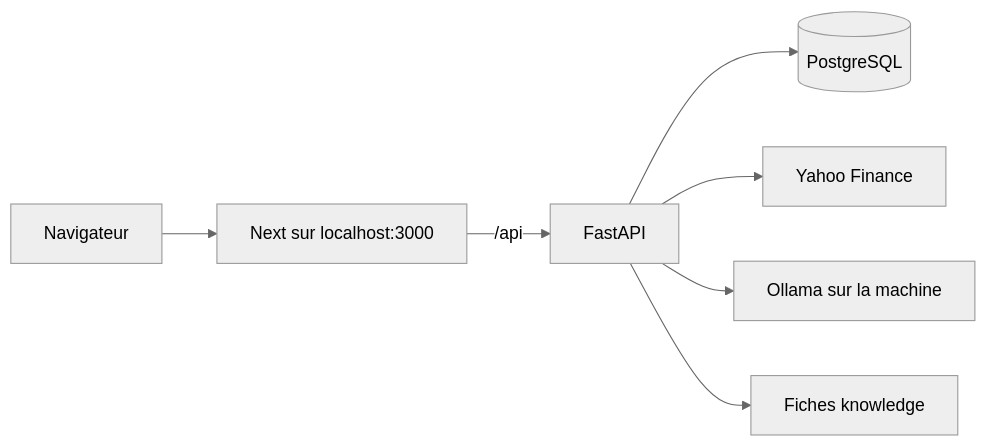
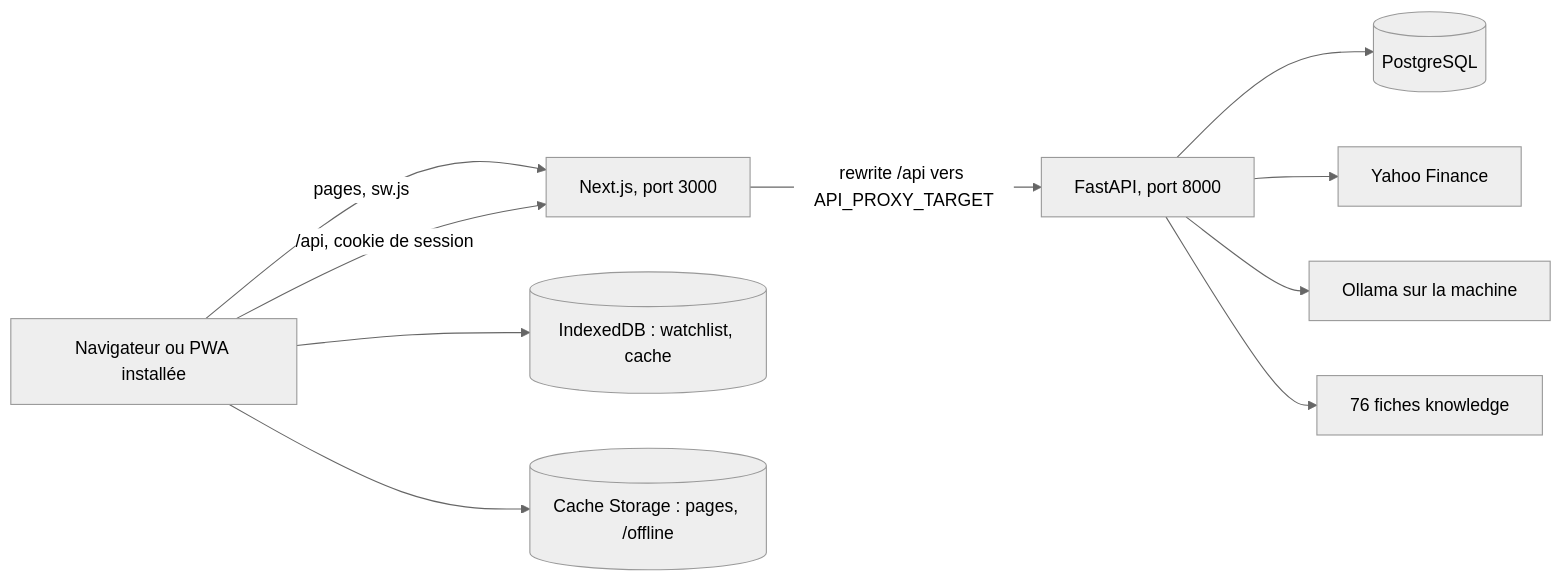
One commit to yakin653/marketpulse changed the diagram in README.md. Above: the diagram before and after it, drawn with Mermaid (neutral theme). The commit also changed other lines of this file and 16 other files, not shown here.

````diff
--- a/README.md
+++ b/README.md
@@ -5,9 +46,12 @@
 ```mermaid
 flowchart LR
-  navigateur[Navigateur] --> site[Next sur localhost:3000]
-  site -->|"/api"| api[FastAPI]
-  api --> postgres[(PostgreSQL)]
+  nav[Navigateur ou PWA installée] -->|pages, sw.js| site[Next.js, port 3000]
+  nav -->|/api, cookie de session| site
+  site -->|rewrite /api vers API_PROXY_TARGET| api[FastAPI, port 8000]
+  api --> pg[(PostgreSQL)]
   api --> yahoo[Yahoo Finance]
   api --> ollama[Ollama sur la machine]
-  api --> fiches[Fiches knowledge]
+  api --> fiches[76 fiches knowledge]
+  nav --> idb[(IndexedDB : watchlist, cache)]
+  nav --> cs[(Cache Storage : pages, /offline)]
 ```
````
